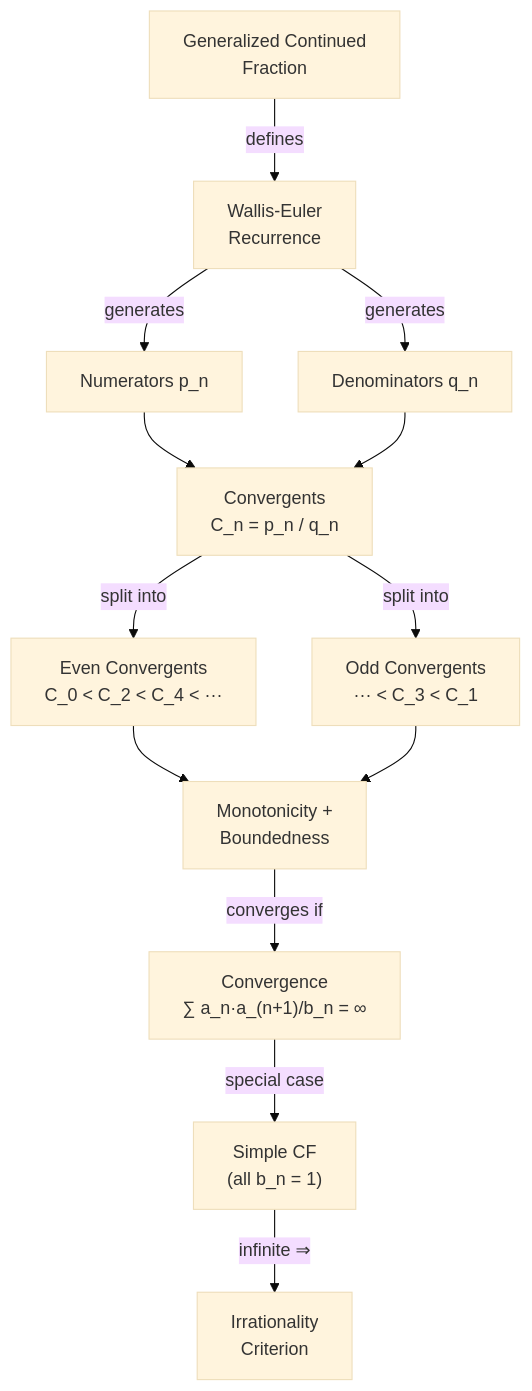
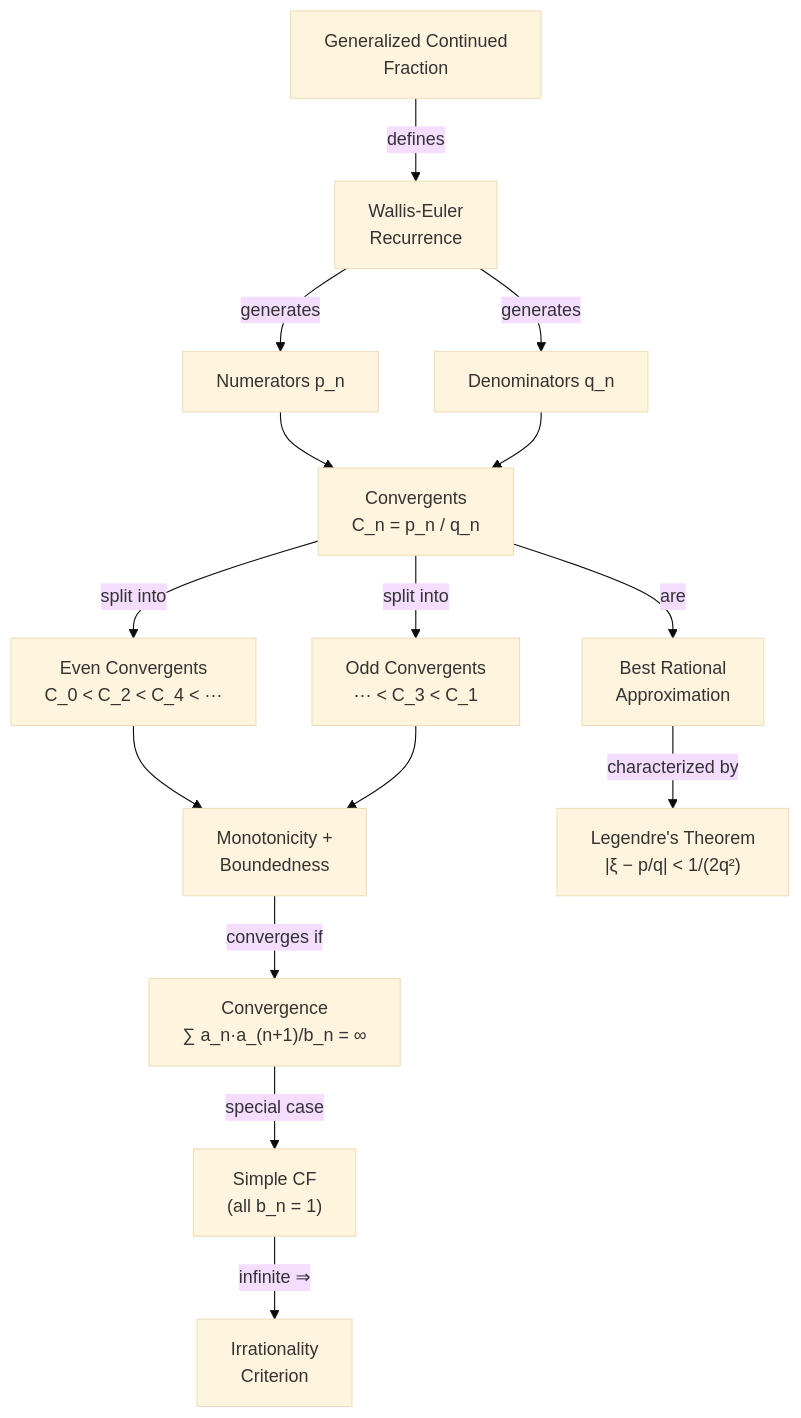
Before and after one commit to utpalchakraborty/MathNotes: the diagram in notes/math/special-topics/continued-fraction-convergents.md, drawn with Mermaid (base theme). The commit also changed other lines of this file and 22 other files, not shown here.

````diff
--- a/notes/math/special-topics/continued-fraction-convergents.md
+++ b/notes/math/special-topics/continued-fraction-convergents.md
@@ -116,27 +162,31 @@
 ```mermaid
 graph TD
     CF["Generalized Continued<br/>Fraction"]
     WE["Wallis-Euler<br/>Recurrence"]
     PN["Numerators p_n"]
     QN["Denominators q_n"]
     CN["Convergents<br/>C_n = p_n / q_n"]
     EVEN["Even Convergents<br/>C_0 < C_2 < C_4 < ···"]
     ODD["Odd Convergents<br/>··· < C_3 < C_1"]
     MONO["Monotonicity +<br/>Boundedness"]
     CONV["Convergence<br/>∑ a_n·a_(n+1)/b_n = ∞"]
     SIMPLE["Simple CF<br/>(all b_n = 1)"]
     IRR["Irrationality<br/>Criterion"]
+    BEST["Best Rational<br/>Approximation"]
+    LEG["Legendre's Theorem<br/>|ξ − p/q| < 1/(2q²)"]
 
     CF -->|"defines"| WE
     WE -->|"generates"| PN
     WE -->|"generates"| QN
     PN --> CN
     QN --> CN
     CN -->|"split into"| EVEN
     CN -->|"split into"| ODD
     EVEN --> MONO
     ODD --> MONO
     MONO -->|"converges if"| CONV
     CONV -->|"special case"| SIMPLE
     SIMPLE -->|"infinite ⇒"| IRR
+    CN -->|"are"| BEST
+    BEST -->|"characterized by"| LEG
 ```
````
